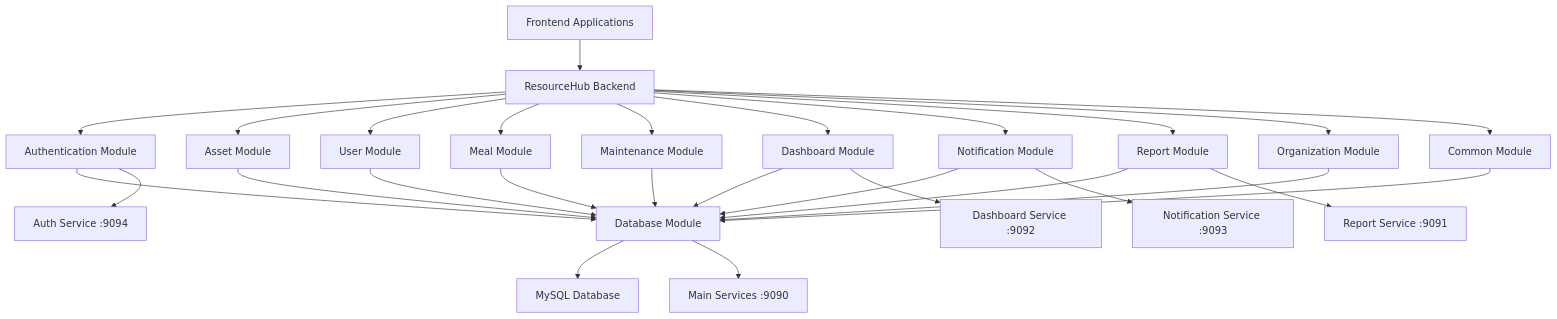
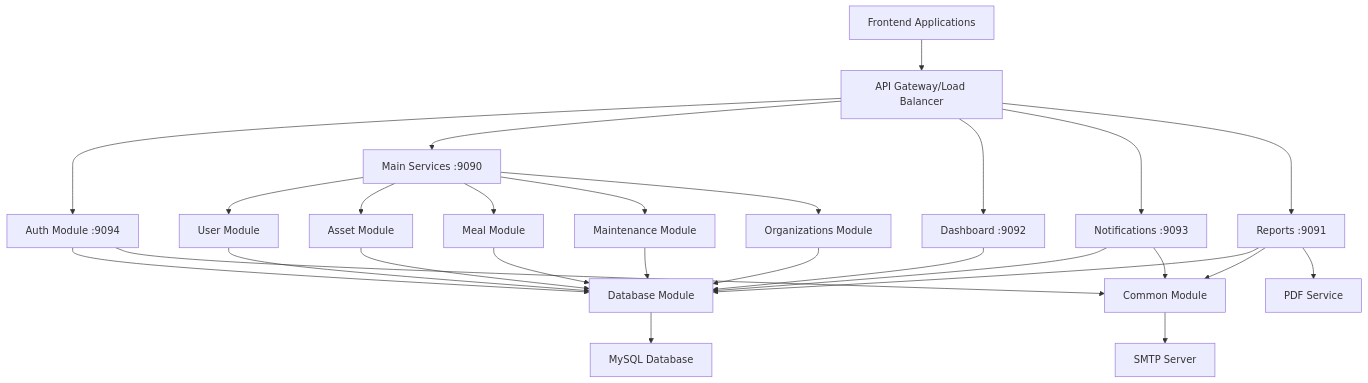
The second of 4 diagrams in Ballerina/README.md (FiveStackDev/Dev_ResourceHub_BackEnd), drawn with Mermaid before and after one commit. The commit also changed other lines of this file, not shown here.

Commit message:
Implement new feature for user authentication and improve error handling

````diff
--- a/Ballerina/README.md
+++ b/Ballerina/README.md
@@ -54,32 +621,34 @@
 ```mermaid
-graph TB
-    A[Frontend Applications] --> B[ResourceHub Backend]
-    B --> C[Authentication Module]
-    B --> D[Asset Module]
-    B --> E[User Module]
-    B --> F[Meal Module]
-    B --> G[Maintenance Module]
-    B --> H[Dashboard Module]
-    B --> I[Notification Module]
-    B --> J[Report Module]
-    B --> K[Organization Module]
-    B --> L[Common Module]
+graph TD
+    A[Frontend Applications] --> B[API Gateway/Load Balancer]
+    
+    B --> C[Auth Module :9094]
+    B --> D[Main Services :9090]
+    B --> E[Dashboard :9092]
+    B --> F[Notifications :9093]
+    B --> G[Reports :9091]
+    
+    D --> H[User Module]
+    D --> I[Asset Module]
+    D --> J[Meal Module]
+    D --> K[Maintenance Module]
+    D --> L[Organizations Module]
     
     C --> M[Database Module]
-    D --> M
-    E --> M
-    F --> M
-    G --> M
     H --> M
     I --> M
     J --> M
     K --> M
     L --> M
+    E --> M
+    F --> M
+    G --> M
     
-    M --> N[MySQL Database]
-    J --> O[Report Service :9091]
-    H --> P[Dashboard Service :9092]
-    I --> Q[Notification Service :9093]
-    C --> R[Auth Service :9094]
-    M --> S[Main Services :9090]
+    C --> N[Common Module]
+    F --> N
+    G --> N
+    
+    M --> O[MySQL Database]
+    N --> P[SMTP Server]
+    G --> Q[PDF Service]
 ```
````
